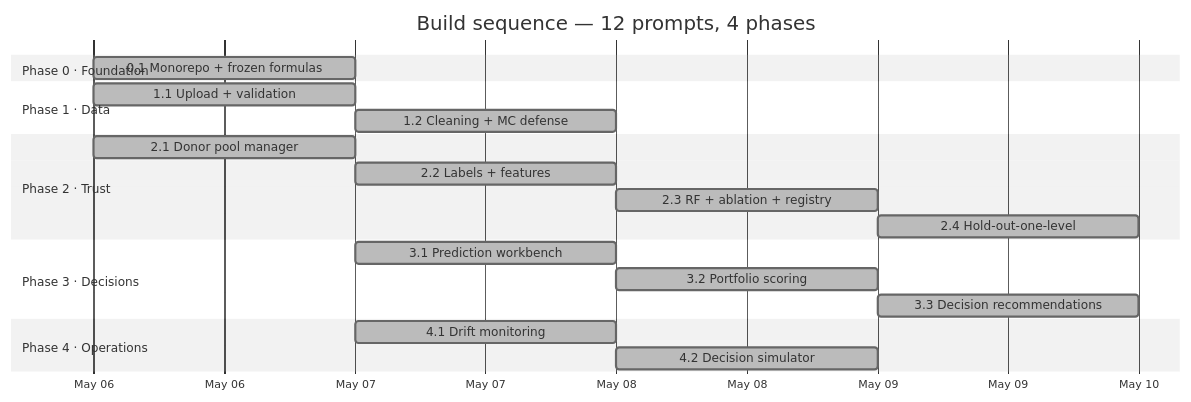
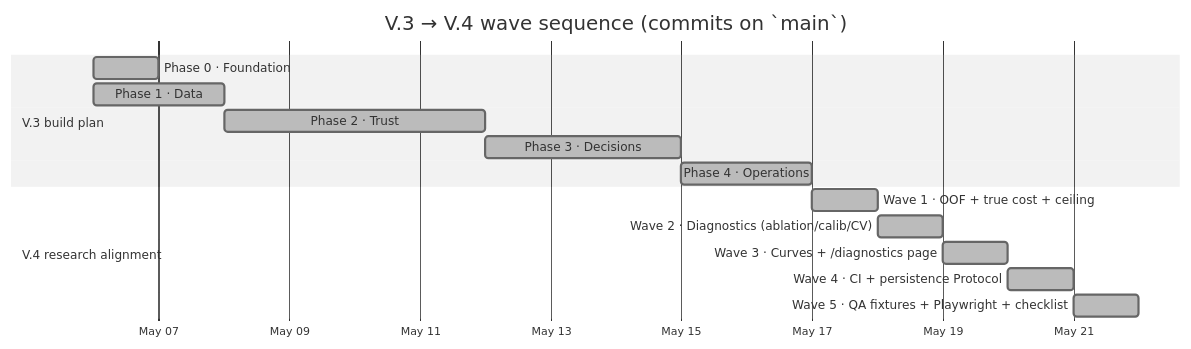
One commit to matiyashu/PIEmaker-predicted-incrementality-by-experiment- changed the second of 3 diagrams in README.md. Above: the diagram before and after it, drawn with Mermaid (neutral theme). The commit also changed other lines of this file and 8 other files, not shown here.

````diff
--- a/README.md
+++ b/README.md
@@ -185,28 +203,20 @@
 ```mermaid
 gantt
-    title Build sequence — 12 prompts, 4 phases
+    title V.3 → V.4 wave sequence (commits on `main`)
     dateFormat  YYYY-MM-DD
     axisFormat  %b %d
 
-    section Phase 0 · Foundation
-    0.1 Monorepo + frozen formulas    :done, p01, 2026-05-06, 1d
+    section V.3 build plan
+    Phase 0 · Foundation              :done, v3p0, 2026-05-06, 1d
+    Phase 1 · Data                    :done, v3p1, 2026-05-06, 2d
+    Phase 2 · Trust                   :done, v3p2, after v3p1, 4d
+    Phase 3 · Decisions               :done, v3p3, after v3p2, 3d
+    Phase 4 · Operations              :done, v3p4, after v3p3, 2d
 
-    section Phase 1 · Data
-    1.1 Upload + validation           :done, p11, 2026-05-06, 1d
-    1.2 Cleaning + MC defense         :done, p12, after p11, 1d
-
-    section Phase 2 · Trust
-    2.1 Donor pool manager            :done, p21, 2026-05-06, 1d
-    2.2 Labels + features             :done, p22, after p21, 1d
-    2.3 RF + ablation + registry      :done, p23, after p22, 1d
-    2.4 Hold-out-one-level            :done, p24, after p23, 1d
-
-    section Phase 3 · Decisions
-    3.1 Prediction workbench          :done, p31, 2026-05-07, 1d
-    3.2 Portfolio scoring             :done, p32, after p31, 1d
-    3.3 Decision recommendations      :done, p33, after p32, 1d
-
-    section Phase 4 · Operations
-    4.1 Drift monitoring              :done, p41, 2026-05-07, 1d
-    4.2 Decision simulator            :done, p42, after p41, 1d
+    section V.4 research alignment
+    Wave 1 · OOF + true cost + ceiling          :done, v4w1, 2026-05-17, 1d
+    Wave 2 · Diagnostics (ablation/calib/CV)    :done, v4w2, after v4w1, 1d
+    Wave 3 · Curves + /diagnostics page         :done, v4w3, after v4w2, 1d
+    Wave 4 · CI + persistence Protocol          :done, v4w4, after v4w3, 1d
+    Wave 5 · QA fixtures + Playwright + checklist :done, v4w5, after v4w4, 1d
 ```
````
